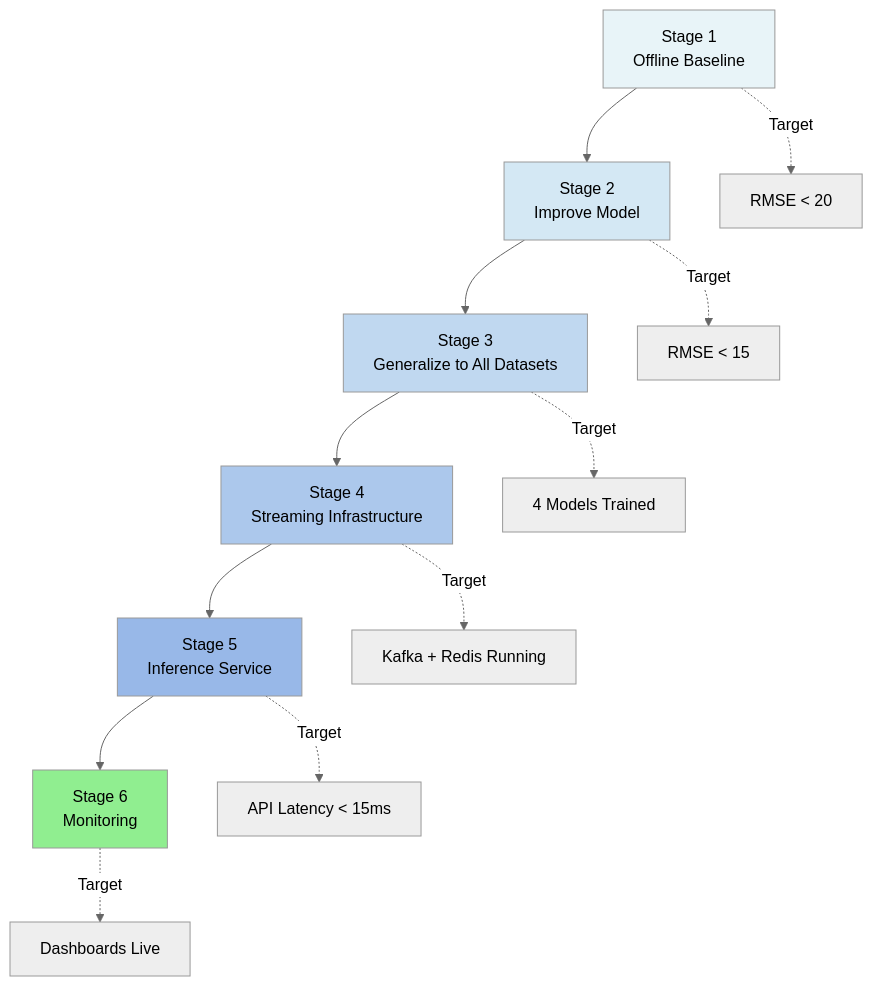
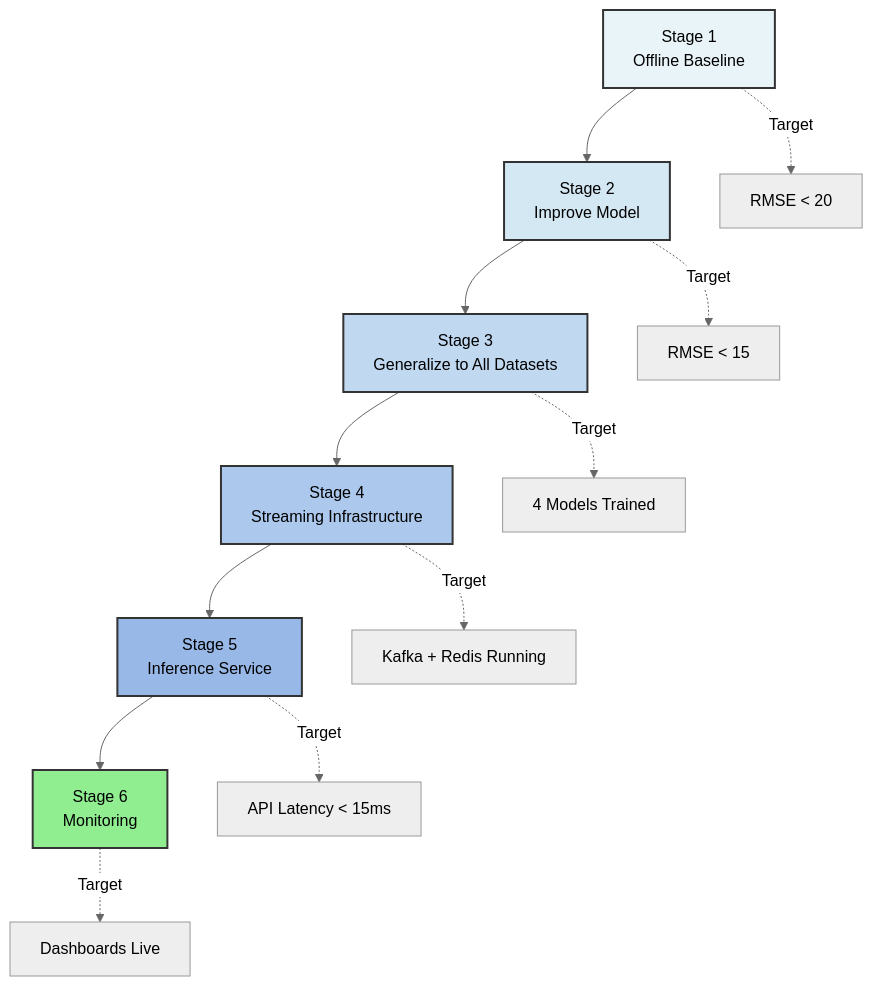
One commit to nasim-raj-laskar/Real-Time-Aircraft-Engine-Predictive-Maintenance-System changed the second of 2 diagrams in docs/08_project_structure.md. Above: the diagram before and after it, drawn with Mermaid (neutral theme). The commit also changed other lines of this file and 8 other files, not shown here.

````diff
--- a/docs/08_project_structure.md
+++ b/docs/08_project_structure.md
@@ -106,22 +106,22 @@
 ```mermaid
 flowchart TD
     S1[Stage 1<br/>Offline Baseline] --> S2[Stage 2<br/>Improve Model]
     S2 --> S3[Stage 3<br/>Generalize to All Datasets]
     S3 --> S4[Stage 4<br/>Streaming Infrastructure]
     S4 --> S5[Stage 5<br/>Inference Service]
     S5 --> S6[Stage 6<br/>Monitoring]
     
     S1 -.->|Target| T1[RMSE < 20]
     S2 -.->|Target| T2[RMSE < 15]
     S3 -.->|Target| T3[4 Models Trained]
     S4 -.->|Target| T4[Kafka + Redis Running]
     S5 -.->|Target| T5[API Latency < 15ms]
     S6 -.->|Target| T6[Dashboards Live]
     
-    style S1 fill:#E8F4F8
-    style S2 fill:#D4E8F4
-    style S3 fill:#C0D8F0
-    style S4 fill:#ACC8EC
-    style S5 fill:#98B8E8
-    style S6 fill:#90EE90
+    style S1 fill:#E8F4F8,stroke:#333,stroke-width:2px,color:#000
+    style S2 fill:#D4E8F4,stroke:#333,stroke-width:2px,color:#000
+    style S3 fill:#C0D8F0,stroke:#333,stroke-width:2px,color:#000
+    style S4 fill:#ACC8EC,stroke:#333,stroke-width:2px,color:#000
+    style S5 fill:#98B8E8,stroke:#333,stroke-width:2px,color:#000
+    style S6 fill:#90EE90,stroke:#333,stroke-width:2px,color:#000
 ```
````
